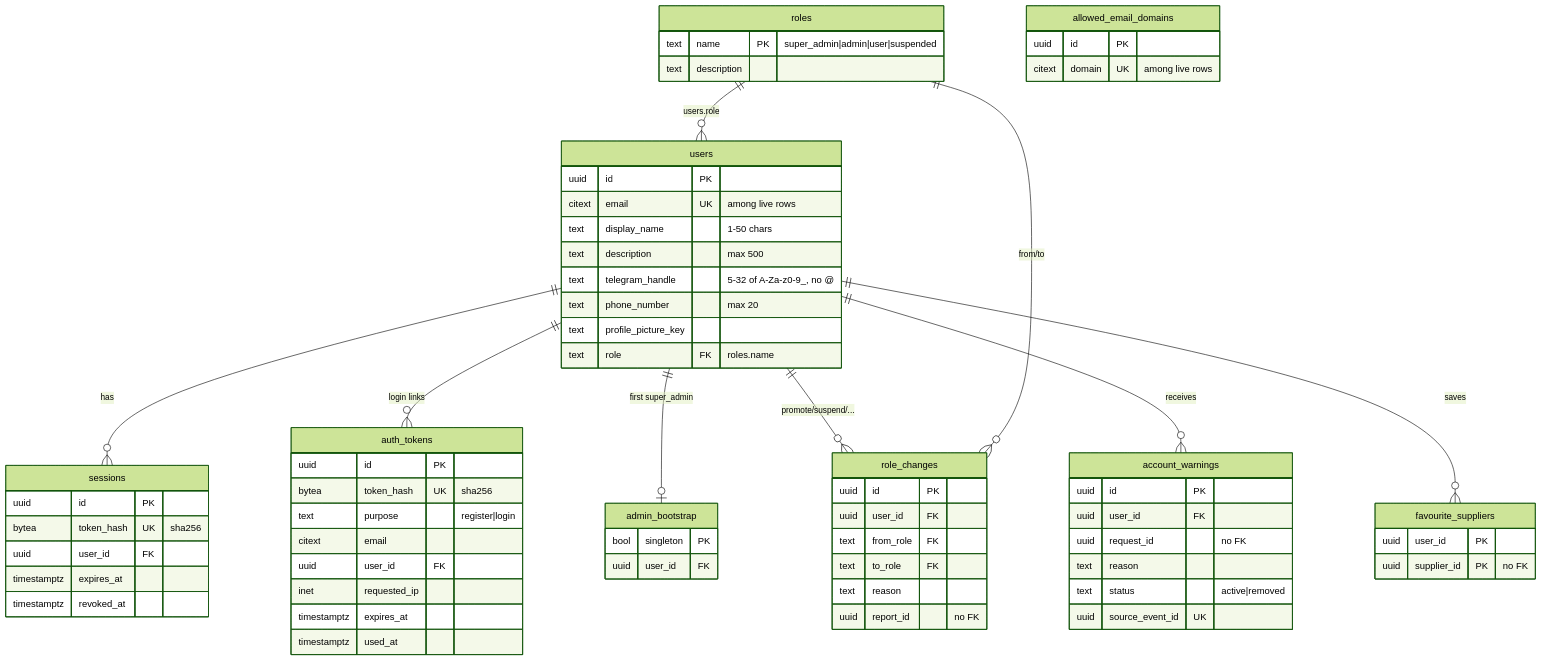
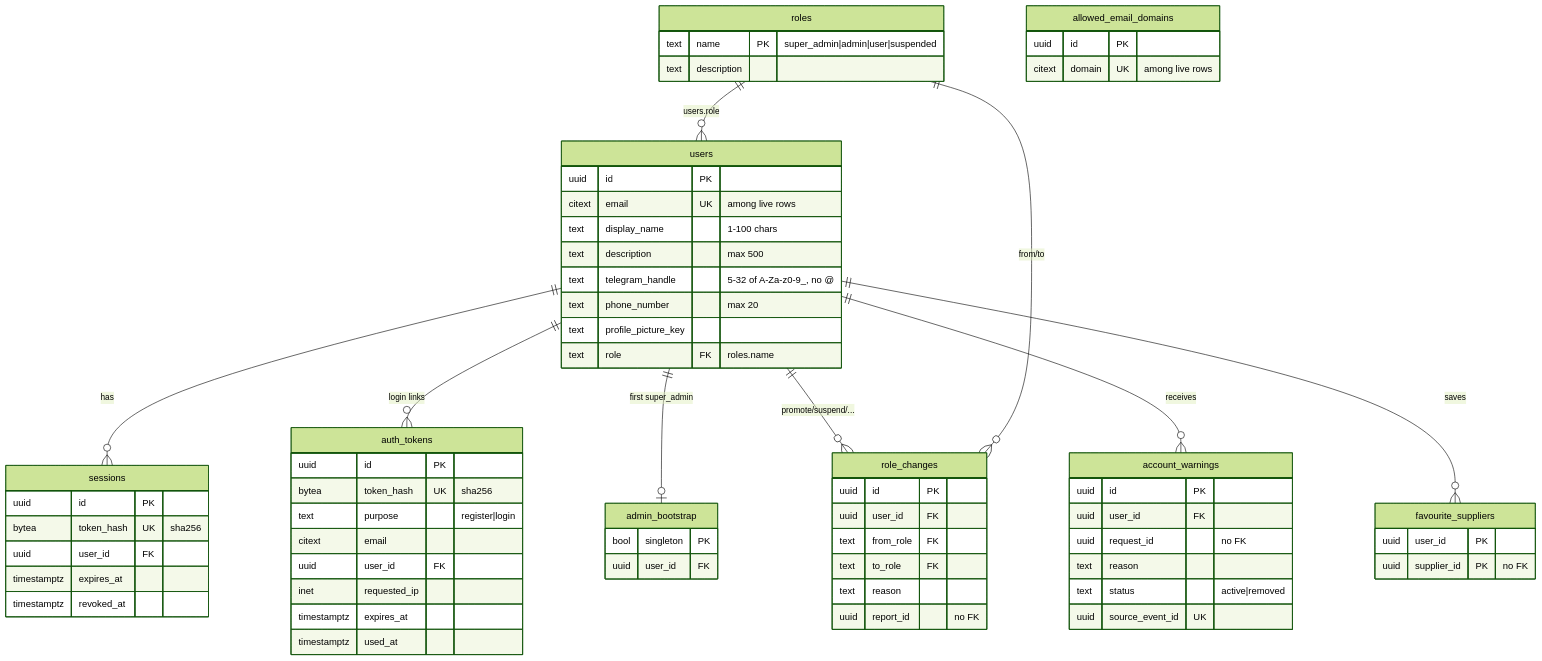
Before and after one commit to AY2627S1-CS3219-P1/FoC: the diagram in user-service/docs/schema.md, drawn with Mermaid (forest theme). The commit also changed other lines of this file and 34 other files, not shown here.

````diff
--- a/user-service/docs/schema.md
+++ b/user-service/docs/schema.md
@@ -10,71 +10,71 @@
 ```mermaid
 erDiagram
     roles ||--o{ users : "users.role"
     users ||--o{ sessions : has
     users ||--o{ auth_tokens : "login links"
     users ||--o| admin_bootstrap : "first super_admin"
     users ||--o{ role_changes : "promote/suspend/..."
     roles ||--o{ role_changes : "from/to"
     users ||--o{ account_warnings : receives
     users ||--o{ favourite_suppliers : saves
 
     users {
         uuid id PK
         citext email UK "among live rows"
-        text display_name "1-50 chars"
+        text display_name "1-100 chars"
         text description "max 500"
         text telegram_handle "5-32 of A-Za-z0-9_, no @"
         text phone_number "max 20"
         text profile_picture_key
         text role FK "roles.name"
     }
     roles {
         text name PK "super_admin|admin|user|suspended"
         text description
     }
     admin_bootstrap {
         bool singleton PK
         uuid user_id FK
     }
     allowed_email_domains {
         uuid id PK
         citext domain UK "among live rows"
     }
     auth_tokens {
         uuid id PK
         bytea token_hash UK "sha256"
         text purpose "register|login"
         citext email
         uuid user_id FK
         inet requested_ip
         timestamptz expires_at
         timestamptz used_at
     }
     sessions {
         uuid id PK
         bytea token_hash UK "sha256"
         uuid user_id FK
         timestamptz expires_at
         timestamptz revoked_at
     }
     role_changes {
         uuid id PK
         uuid user_id FK
         text from_role FK
         text to_role FK
         text reason
         uuid report_id "no FK"
     }
     account_warnings {
         uuid id PK
         uuid user_id FK
         uuid request_id "no FK"
         text reason
         text status "active|removed"
         uuid source_event_id UK
     }
     favourite_suppliers {
         uuid user_id PK
         uuid supplier_id PK "no FK"
     }
 ```
````
